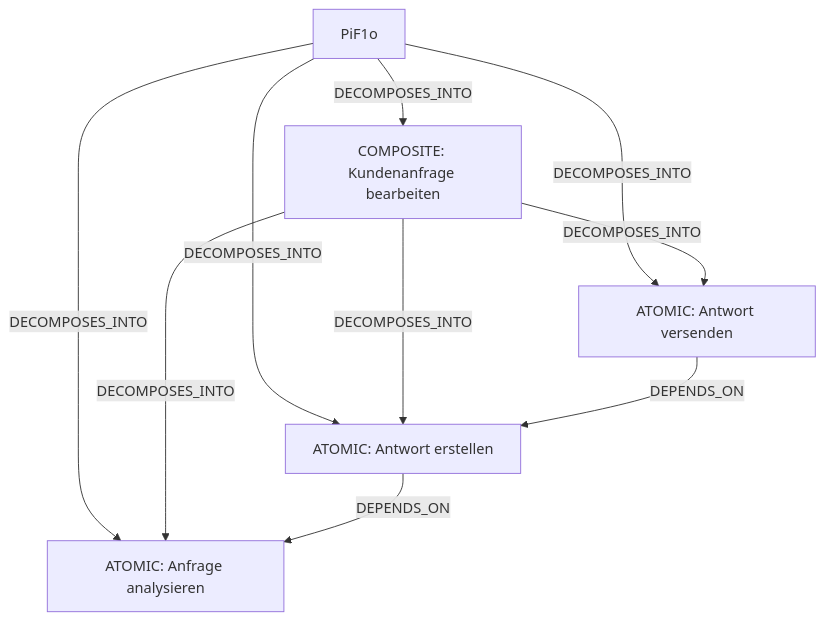
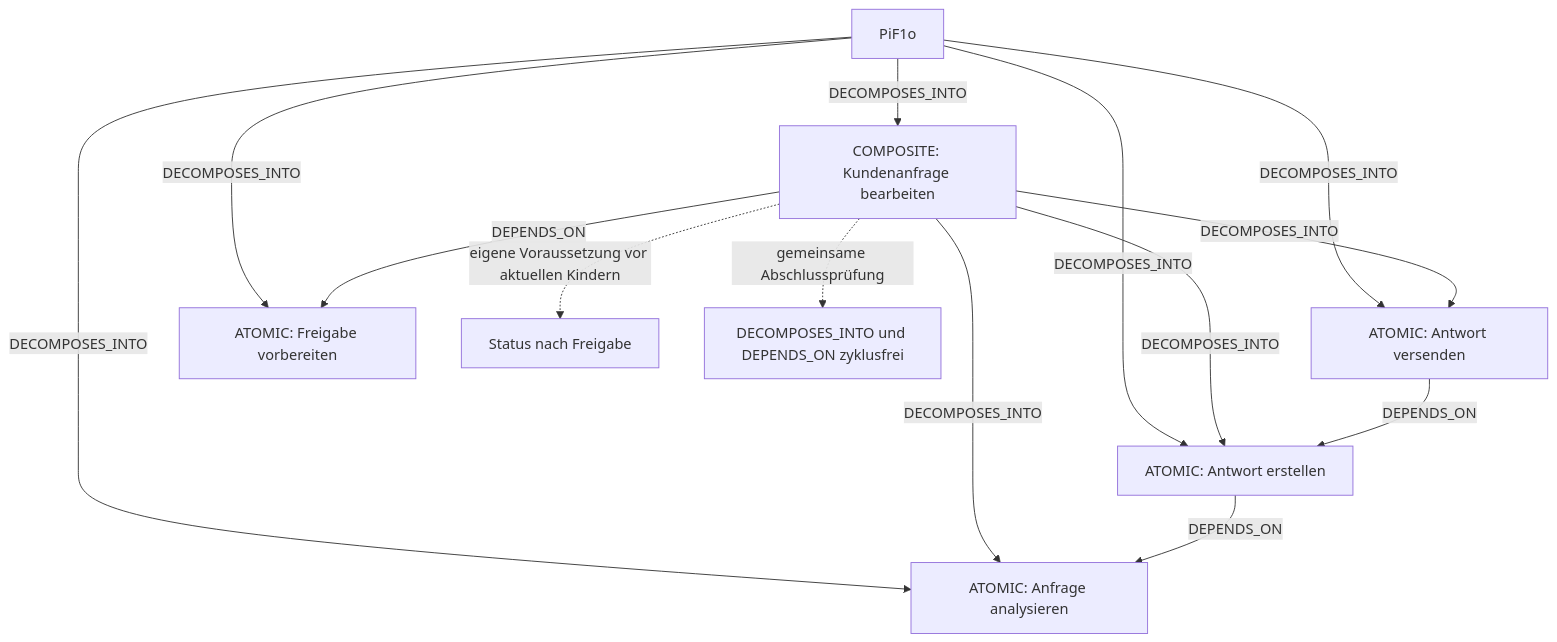
The third of 12 diagrams in docs/guides/JCI_EXAMPLE.md (eeimicke/junaco-jci-loop), drawn with Mermaid before and after one commit. The commit also changed other lines of this file and 42 other files, not shown here.

````diff
--- a/docs/guides/JCI_EXAMPLE.md
+++ b/docs/guides/JCI_EXAMPLE.md
@@ -100,12 +100,16 @@
 ```mermaid
 flowchart TD
     Goal[PiF1o] -->|DECOMPOSES_INTO| Parent[COMPOSITE: Kundenanfrage bearbeiten]
     Goal -->|DECOMPOSES_INTO| Analyse[ATOMIC: Anfrage analysieren]
     Goal -->|DECOMPOSES_INTO| Draft[ATOMIC: Antwort erstellen]
     Goal -->|DECOMPOSES_INTO| Send[ATOMIC: Antwort versenden]
     Parent -->|DECOMPOSES_INTO| Analyse
     Parent -->|DECOMPOSES_INTO| Draft
     Parent -->|DECOMPOSES_INTO| Send
     Draft -->|DEPENDS_ON| Analyse
     Send -->|DEPENDS_ON| Draft
+    Goal -->|DECOMPOSES_INTO| Prerequisite[ATOMIC: Freigabe vorbereiten]
+    Parent -->|DEPENDS_ON| Prerequisite
+    Parent -. eigene Voraussetzung vor aktuellen Kindern .-> Status[Status nach Freigabe]
+    Parent -. gemeinsame Abschlussprüfung .-> CycleCheck[DECOMPOSES_INTO und DEPENDS_ON zyklusfrei]
 ```
````
